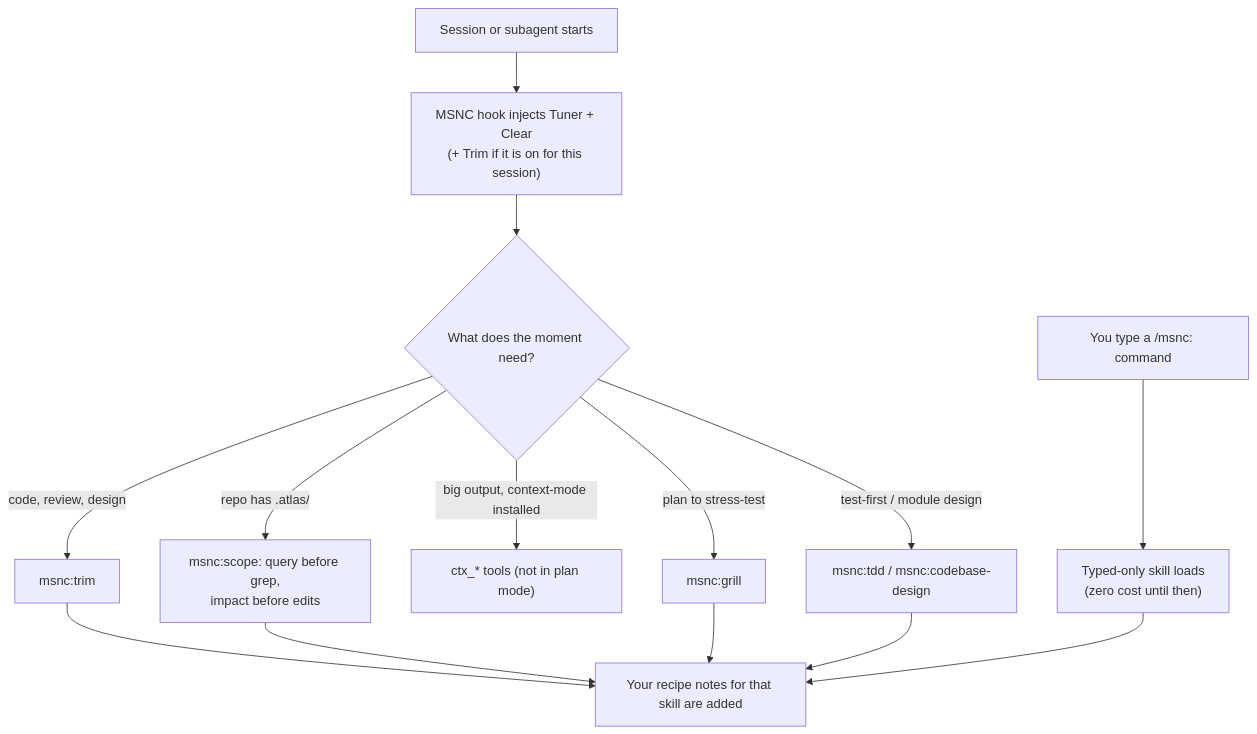
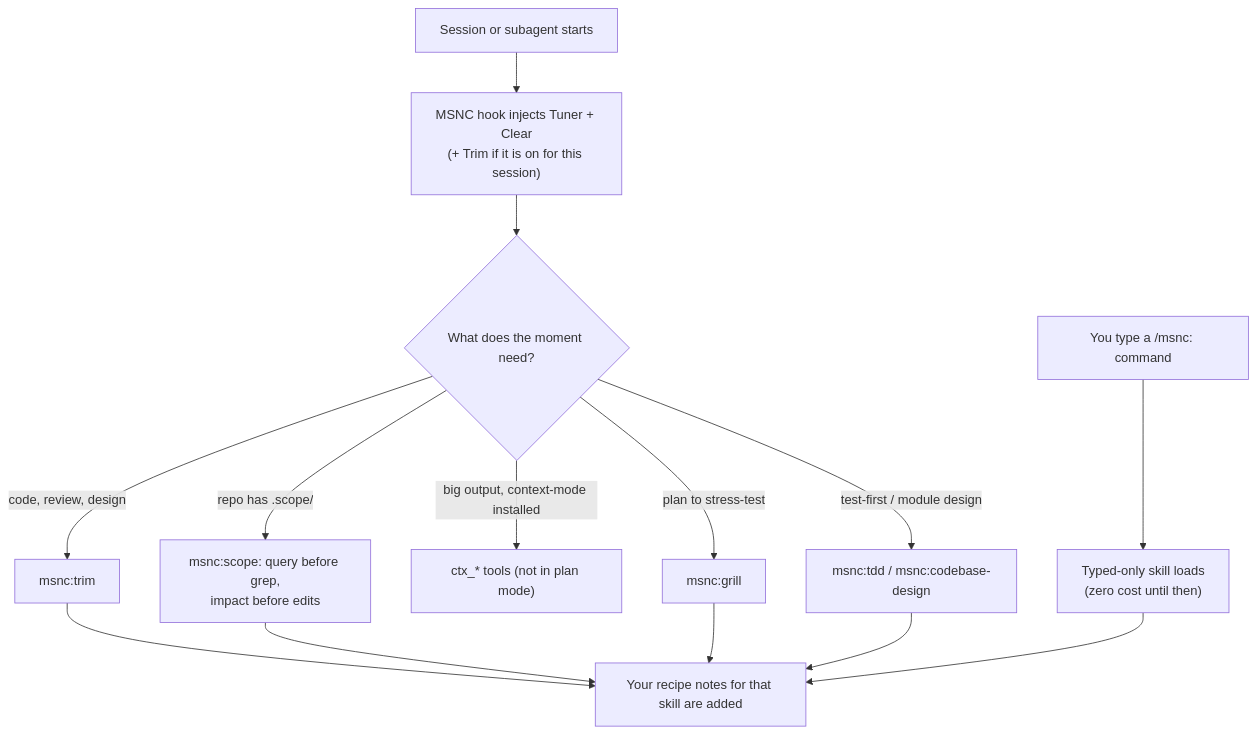
The first of 2 diagrams in README.md (Mesanic/msnc), drawn with Mermaid before and after one commit. The commit also changed other lines of this file and 76 other files, not shown here.

First line of the commit message:
refactor: rename sextant, atlas and scalpel to Scope

````diff
--- a/README.md
+++ b/README.md
@@ -62,12 +62,12 @@
 ```mermaid
 flowchart TD
   S["Session or subagent starts"] --> H["MSNC hook injects Tuner + Clear<br/>(+ Trim if it is on for this session)"]
   H --> T{"What does the moment need?"}
   T -->|"code, review, design"| TR["msnc:trim"]
-  T -->|"repo has .atlas/"| SC["msnc:scope: query before grep,<br/>impact before edits"]
+  T -->|"repo has .scope/"| SC["msnc:scope: query before grep,<br/>impact before edits"]
   T -->|"big output, context-mode installed"| Q["ctx_* tools (not in plan mode)"]
   T -->|"plan to stress-test"| G["msnc:grill"]
   T -->|"test-first / module design"| D["msnc:tdd / msnc:codebase-design"]
   U["You type a /msnc: command"] --> TY["Typed-only skill loads<br/>(zero cost until then)"]
   TR & SC & G & D & TY --> N["Your recipe notes for that skill are added"]
 ```
````
